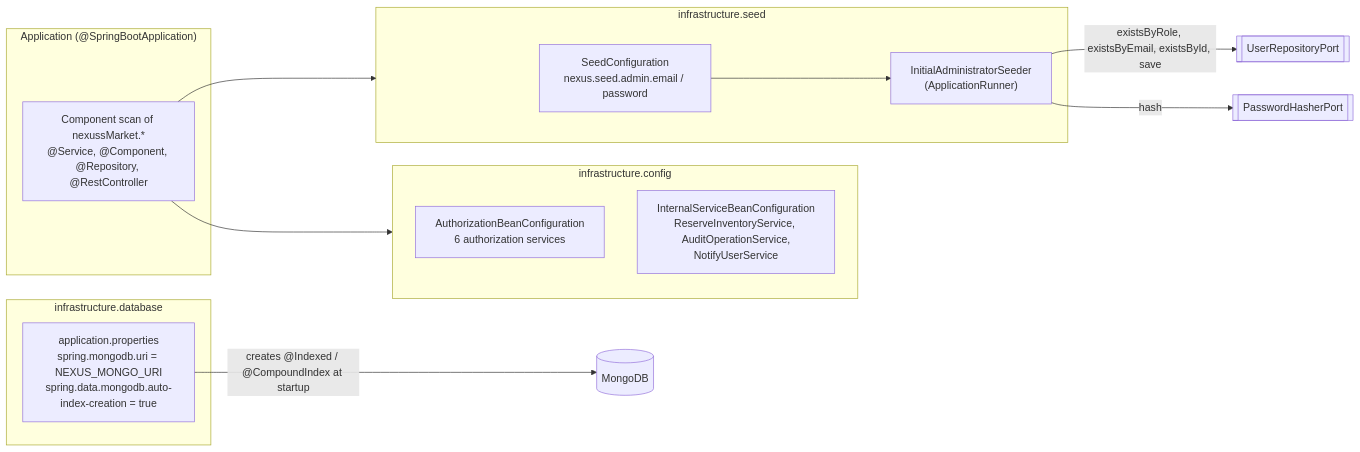
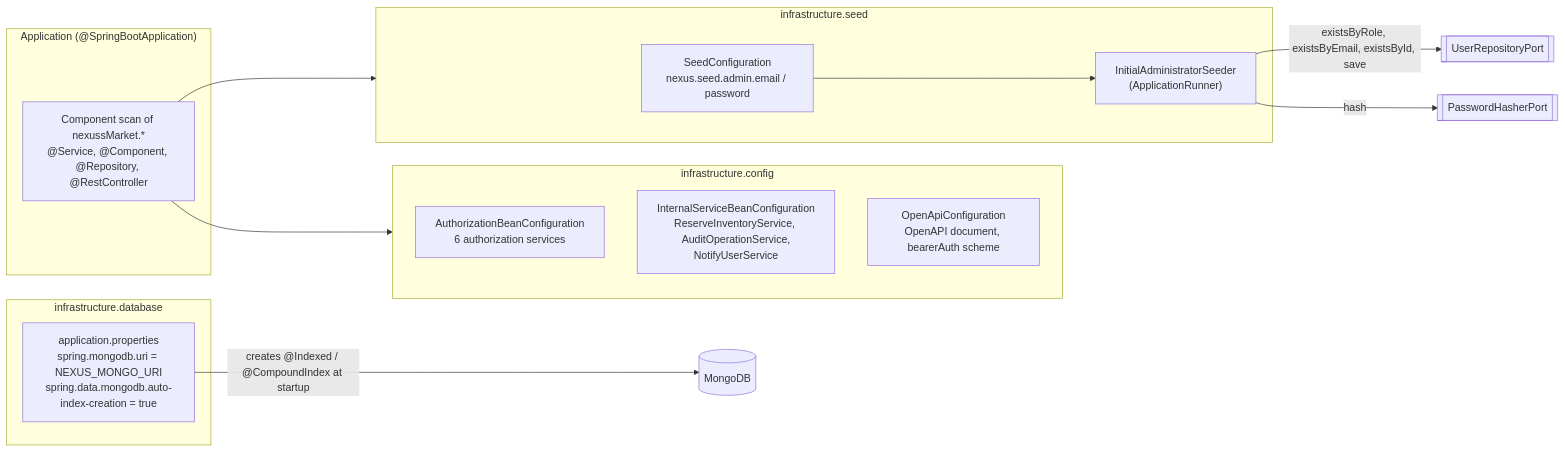
One commit to Spuerta18/Nexuss changed the diagram in SDD/C4/10-layer-infrastructure.md. Above: the diagram before and after it, drawn with Mermaid. The commit also changed 10 other files, not shown here.

First line of the commit message:
Add Swagger UI with springdoc-openapi and Bearer JWT scheme

````diff
--- a/SDD/C4/10-layer-infrastructure.md
+++ b/SDD/C4/10-layer-infrastructure.md
@@ -9,25 +9,26 @@
 ```mermaid
 flowchart LR
     subgraph app["Application (@SpringBootApplication)"]
         scan["Component scan of nexussMarket.*<br/>@Service, @Component, @Repository, @RestController"]
     end
     subgraph config["infrastructure.config"]
         ABC["AuthorizationBeanConfiguration<br/>6 authorization services"]
         ISC["InternalServiceBeanConfiguration<br/>ReserveInventoryService, AuditOperationService,<br/>NotifyUserService"]
+        OAC["OpenApiConfiguration<br/>OpenAPI document, bearerAuth scheme"]
     end
     subgraph database["infrastructure.database"]
         DBP["application.properties<br/>spring.mongodb.uri = NEXUS_MONGO_URI<br/>spring.data.mongodb.auto-index-creation = true"]
     end
     subgraph seed["infrastructure.seed"]
         SC["SeedConfiguration<br/>nexus.seed.admin.email / password"]
         IAS["InitialAdministratorSeeder<br/>(ApplicationRunner)"]
     end
     MONGO[("MongoDB")]
 
     scan --> config
     scan --> seed
     DBP -->|"creates @Indexed / @CompoundIndex at startup"| MONGO
     SC --> IAS
     IAS -->|"existsByRole, existsByEmail, existsById, save"| URP[["UserRepositoryPort"]]
     IAS -->|"hash"| PHP[["PasswordHasherPort"]]
 ```
````
